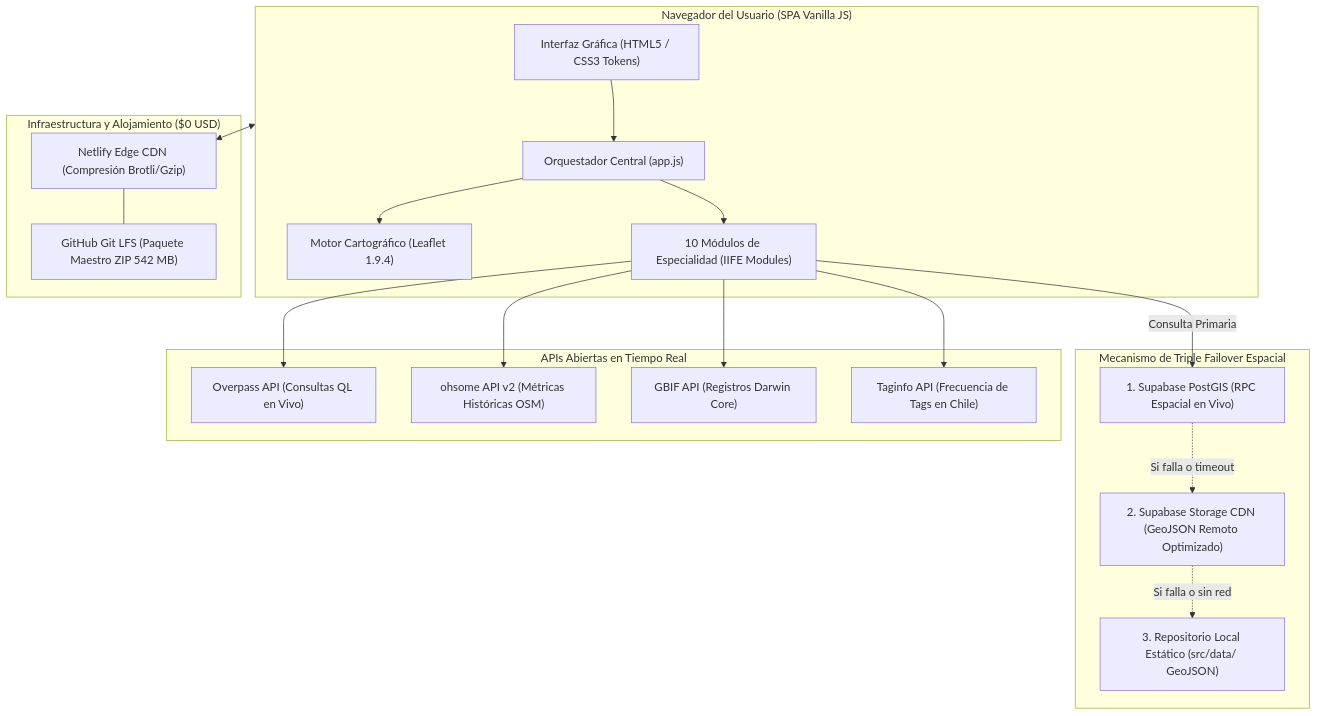
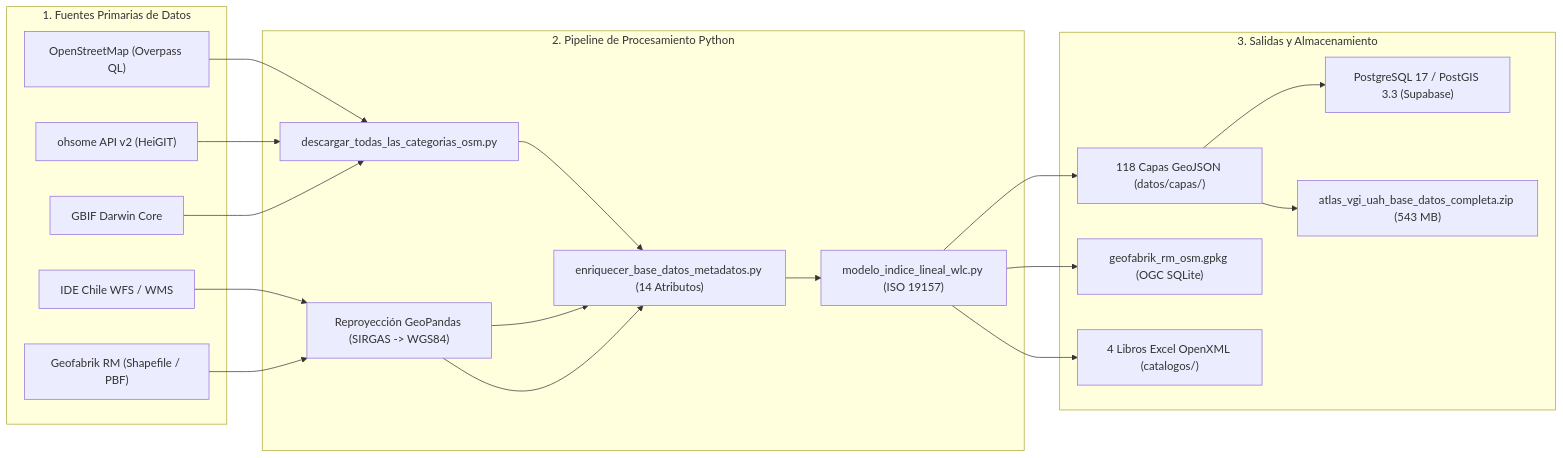
Before and after one commit to GEOJOTA/atlas_vgi_territorial: the second of 7 diagrams in docs/MANUAL_ACTUALIZACION_ATLAS.md, drawn with Mermaid. The commit also changed other lines of this file and 19 other files, not shown here.

Commit message:
docs: expandir manual maestro a +5300 lineas con diagramas mermaid memoria e inventario total

````diff
--- a/docs/MANUAL_ACTUALIZACION_ATLAS.md
+++ b/docs/MANUAL_ACTUALIZACION_ATLAS.md
@@ -167,41 +422,37 @@
 ```mermaid
-flowchart TD
-    subgraph Cliente["Navegador del Usuario (SPA Vanilla JS)"]
-        UI["Interfaz Gráfica (HTML5 / CSS3 Tokens)"]
-        APP["Orquestador Central (app.js)"]
-        LeafletMap["Motor Cartográfico (Leaflet 1.9.4)"]
-        ModulosJS["10 Módulos de Especialidad (IIFE Modules)"]
-        UI --> APP
-        APP --> LeafletMap
-        APP --> ModulosJS
+flowchart LR
+    subgraph FUENTES["1. Fuentes Primarias de Datos"]
+        OSM["OpenStreetMap (Overpass QL)"]
+        OHS["ohsome API v2 (HeiGIT)"]
+        GBIF["GBIF Darwin Core"]
+        IDE["IDE Chile WFS / WMS"]
+        GEO["Geofabrik RM (Shapefile / PBF)"]
     end
 
-    subgraph TripleFailover["Mecanismo de Triple Failover Espacial"]
-        P1["1. Supabase PostGIS (RPC Espacial en Vivo)"]
-        P2["2. Supabase Storage CDN (GeoJSON Remoto Optimizado)"]
-        P3["3. Repositorio Local Estático (src/data/ GeoJSON)"]
-        ModulosJS -->|Consulta Primaria| P1
-        P1 -.->|Si falla o timeout| P2
-        P2 -.->|Si falla o sin red| P3
+    subgraph PIPELINE["2. Pipeline de Procesamiento Python"]
+        EXT["descargar_todas_las_categorias_osm.py"]
+        REP["Reproyección GeoPandas (SIRGAS -> WGS84)"]
+        ENR["enriquecer_base_datos_metadatos.py (14 Atributos)"]
+        WLC["modelo_indice_lineal_wlc.py (ISO 19157)"]
     end
 
-    subgraph InfraExterna["APIs Abiertas en Tiempo Real"]
-        Overpass["Overpass API (Consultas QL en Vivo)"]
-        Ohsome["ohsome API v2 (Métricas Históricas OSM)"]
-        GBIF["GBIF API (Registros Darwin Core)"]
-        Taginfo["Taginfo API (Frecuencia de Tags en Chile)"]
+    subgraph DESTINOS["3. Salidas y Almacenamiento"]
+        GEOJSON["118 Capas GeoJSON (datos/capas/)"]
+        GPKG["geofabrik_rm_osm.gpkg (OGC SQLite)"]
+        XLSX["4 Libros Excel OpenXML (catalogos/)"]
+        POSTGIS["PostgreSQL 17 / PostGIS 3.3 (Supabase)"]
+        ZIP["atlas_vgi_uah_base_datos_completa.zip (543 MB)"]
     end
 
-    ModulosJS --> Overpass
-    ModulosJS --> Ohsome
-    ModulosJS --> GBIF
-    ModulosJS --> Taginfo
-
-    subgraph CDNNetlify["Infraestructura y Alojamiento ($0 USD)"]
-        NetlifyEdge["Netlify Edge CDN (Compresión Brotli/Gzip)"]
-        LFSStorage["GitHub Git LFS (Paquete Maestro ZIP 542 MB)"]
-        NetlifyEdge --- LFSStorage
-    end
-
-    Cliente <--> NetlifyEdge
+    OSM --> EXT --> ENR
+    OHS --> EXT
+    GBIF --> EXT
+    IDE --> REP --> ENR
+    GEO --> REP --> ENR
+    ENR --> WLC
+    WLC --> GEOJSON
+    WLC --> GPKG
+    WLC --> XLSX
+    GEOJSON --> POSTGIS
+    GEOJSON --> ZIP
 ```
````
